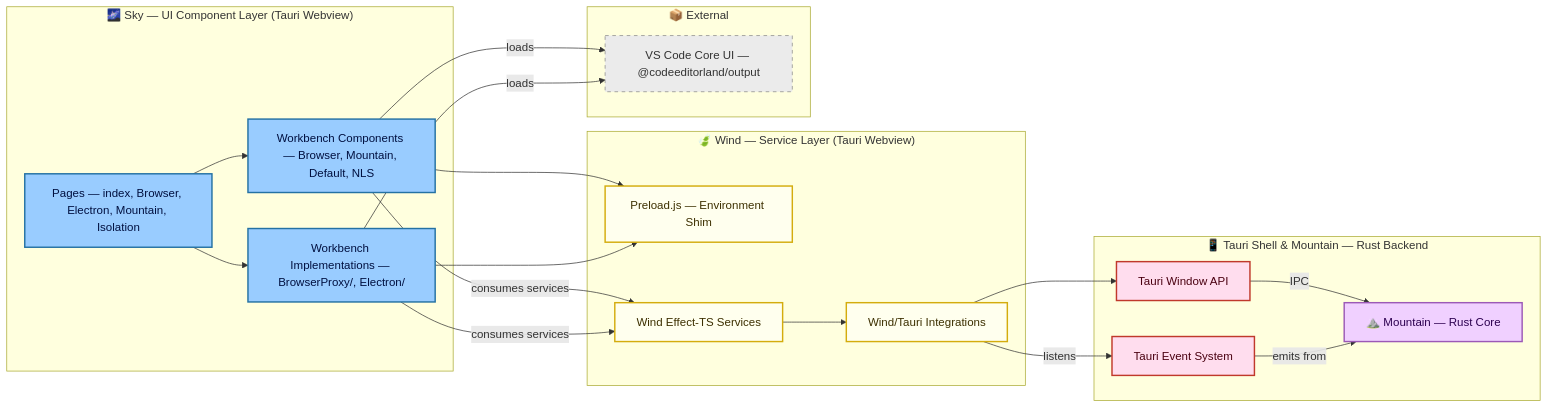
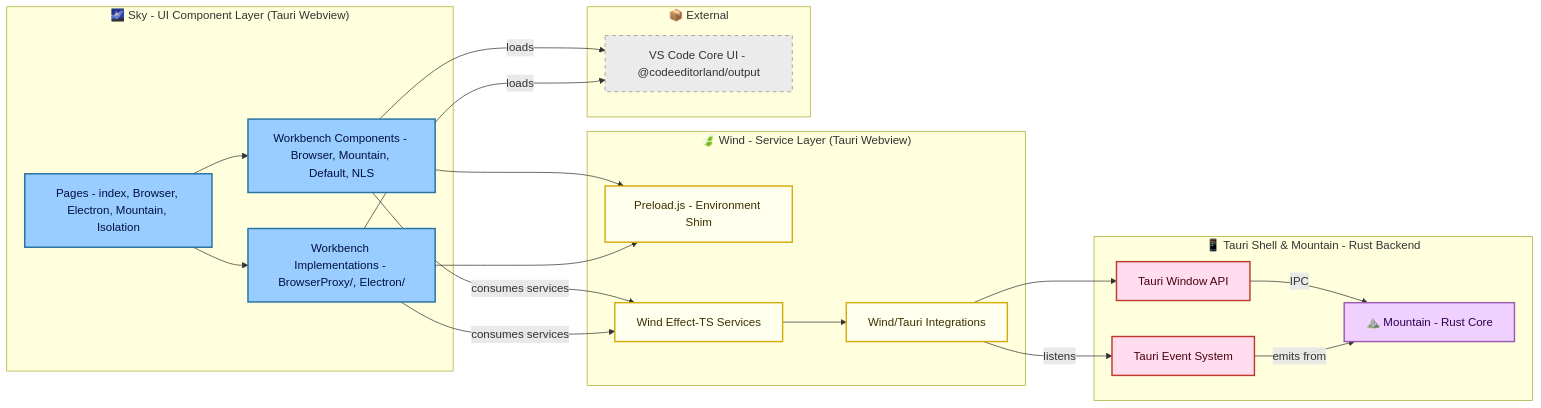
One commit to CodeEditorLand/Sky changed the diagram in README.md. Above: the diagram before and after it, drawn with Mermaid. The commit also changed other lines of this file and 15 other files, not shown here.

First line of the commit message:
feat(Sky): Add OTEL + PostHog telemetry bridges and streamline workbench loading

````diff
--- a/README.md
+++ b/README.md
@@ -142,44 +142,44 @@
 ```mermaid
 graph LR
     classDef sky      fill:#9cf,stroke:#2471a3,stroke-width:2px,color:#001040;
     classDef wind     fill:#ffe,stroke:#d4ac0d,stroke-width:2px,color:#3d3000;
     classDef tauri    fill:#fde,stroke:#c0392b,stroke-width:2px,color:#4a0010;
     classDef mountain fill:#f0d0ff,stroke:#9b59b6,stroke-width:2px,color:#2c0050;
     classDef external fill:#ebebeb,stroke:#888,stroke-dasharray:5 5,color:#333;
 
-    subgraph "🌌 Sky — UI Component Layer (Tauri Webview)"
-        Pages["Pages — index, Browser, Electron, Mountain, Isolation"]:::sky
-        Workbenches["Workbench Components — Browser, Mountain, Default, NLS"]:::sky
-        WorkbenchImpl["Workbench Implementations — BrowserProxy/, Electron/"]:::sky
+    subgraph "🌌 Sky - UI Component Layer (Tauri Webview)"
+        Pages["Pages - index, Browser, Electron, Mountain, Isolation"]:::sky
+        Workbenches["Workbench Components - Browser, Mountain, Default, NLS"]:::sky
+        WorkbenchImpl["Workbench Implementations - BrowserProxy/, Electron/"]:::sky
     end
 
-    subgraph "🍃 Wind — Service Layer (Tauri Webview)"
-        PreloadJS["Preload.js — Environment Shim"]:::wind
+    subgraph "🍃 Wind - Service Layer (Tauri Webview)"
+        PreloadJS["Preload.js - Environment Shim"]:::wind
         WindServices["Wind Effect-TS Services"]:::wind
         TauriIntegrations["Wind/Tauri Integrations"]:::wind
     end
 
-    subgraph "📱 Tauri Shell & Mountain — Rust Backend"
+    subgraph "📱 Tauri Shell & Mountain - Rust Backend"
         TauriWindow["Tauri Window API"]:::tauri
         TauriEvents["Tauri Event System"]:::tauri
-        MountainCore["⛰️ Mountain — Rust Core"]:::mountain
+        MountainCore["⛰️ Mountain - Rust Core"]:::mountain
     end
 
     subgraph "📦 External"
-        VSCodeComponents["VS Code Core UI — @codeeditorland/output"]:::external
+        VSCodeComponents["VS Code Core UI - @codeeditorland/output"]:::external
     end
 
     Pages --> Workbenches
     Pages --> WorkbenchImpl
     Workbenches --> PreloadJS
     WorkbenchImpl --> PreloadJS
     Workbenches -- consumes services --> WindServices
     WorkbenchImpl -- consumes services --> WindServices
     WindServices --> TauriIntegrations
     TauriIntegrations --> TauriWindow
     TauriIntegrations -- listens --> TauriEvents
     TauriWindow -- IPC --> MountainCore
     TauriEvents -- emits from --> MountainCore
     Workbenches -- loads --> VSCodeComponents
     WorkbenchImpl -- loads --> VSCodeComponents
 ```
````
